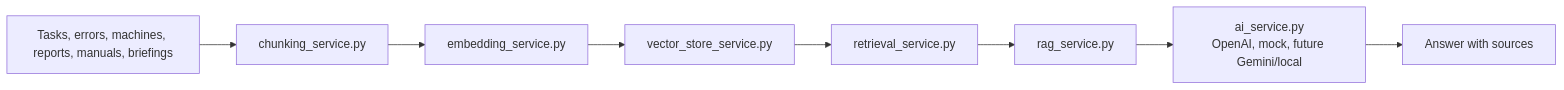
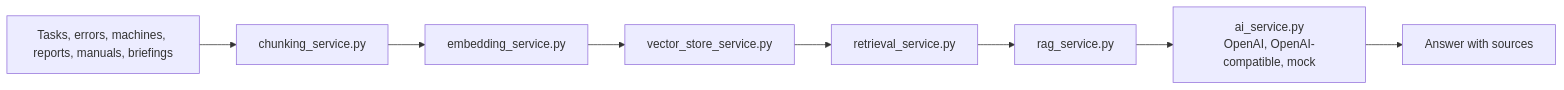
The second of 2 diagrams in README.md (siinanXD/MaintanaceAIsisst), drawn with Mermaid before and after one commit. The commit also changed other lines of this file and 145 other files, not shown here.

````diff
--- a/README.md
+++ b/README.md
@@ -348,10 +391,10 @@
 ```mermaid
 flowchart LR
     Data["Tasks, errors, machines, reports, manuals, briefings"] --> Chunking["chunking_service.py"]
     Chunking --> Embeddings["embedding_service.py"]
     Embeddings --> VectorStore["vector_store_service.py"]
     VectorStore --> Retrieval["retrieval_service.py"]
     Retrieval --> RAG["rag_service.py"]
-    RAG --> Provider["ai_service.py\nOpenAI, mock, future Gemini/local"]
+    RAG --> Provider["ai_service.py\nOpenAI, OpenAI-compatible, mock"]
     Provider --> Answer["Answer with sources"]
 ```
````
